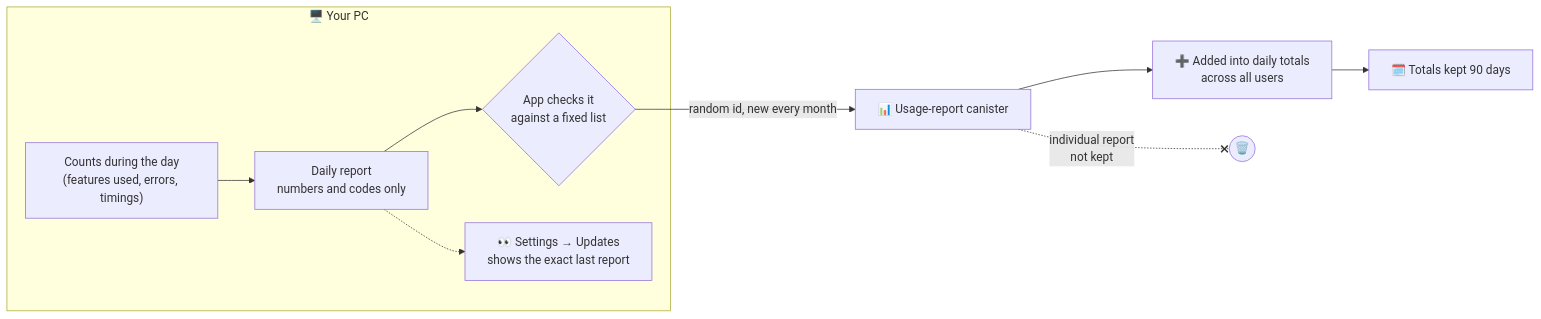
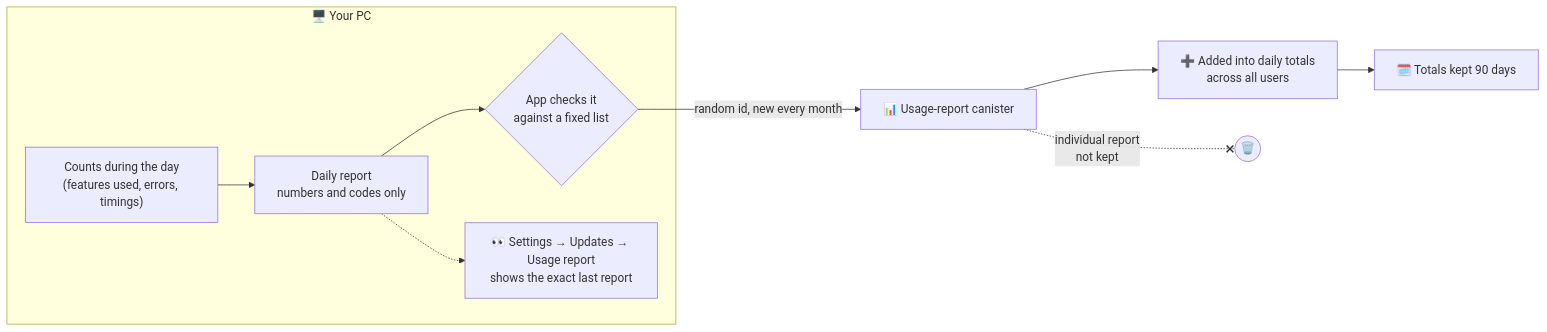
The fifth of 5 diagrams in docs/NETWORK.md (Smugandcomfy/waifu-ai-desktop), drawn with Mermaid before and after one commit. The commit also changed other lines of this file and 12 other files, not shown here.

````diff
--- a/docs/NETWORK.md
+++ b/docs/NETWORK.md
@@ -166,13 +166,13 @@
 ```mermaid
 flowchart LR
     subgraph PC["🖥️ Your PC"]
         A["Counts during the day<br/>(features used, errors, timings)"] --> B["Daily report<br/>numbers and codes only"]
         B --> C{"App checks it<br/>against a fixed list"}
-        V["👀 Settings → Updates<br/>shows the exact last report"]
+        V["👀 Settings → Updates → Usage report<br/>shows the exact last report"]
         B -.-> V
     end
     C -- "random id, new every month" --> T["📊 Usage-report canister"]
     T --> S["➕ Added into daily totals<br/>across all users"]
     S --> R["🗓️ Totals kept 90 days"]
     T -. "individual report<br/>not kept" .-x X(("🗑️"))
 ```
````
